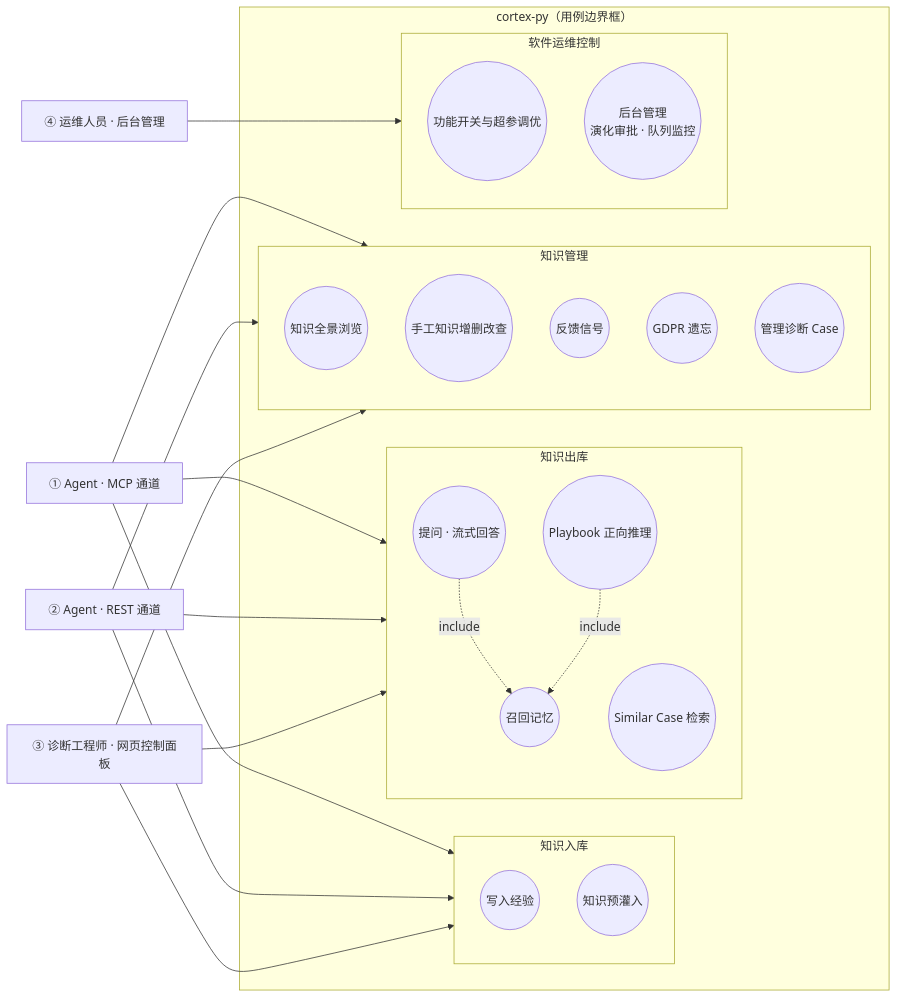
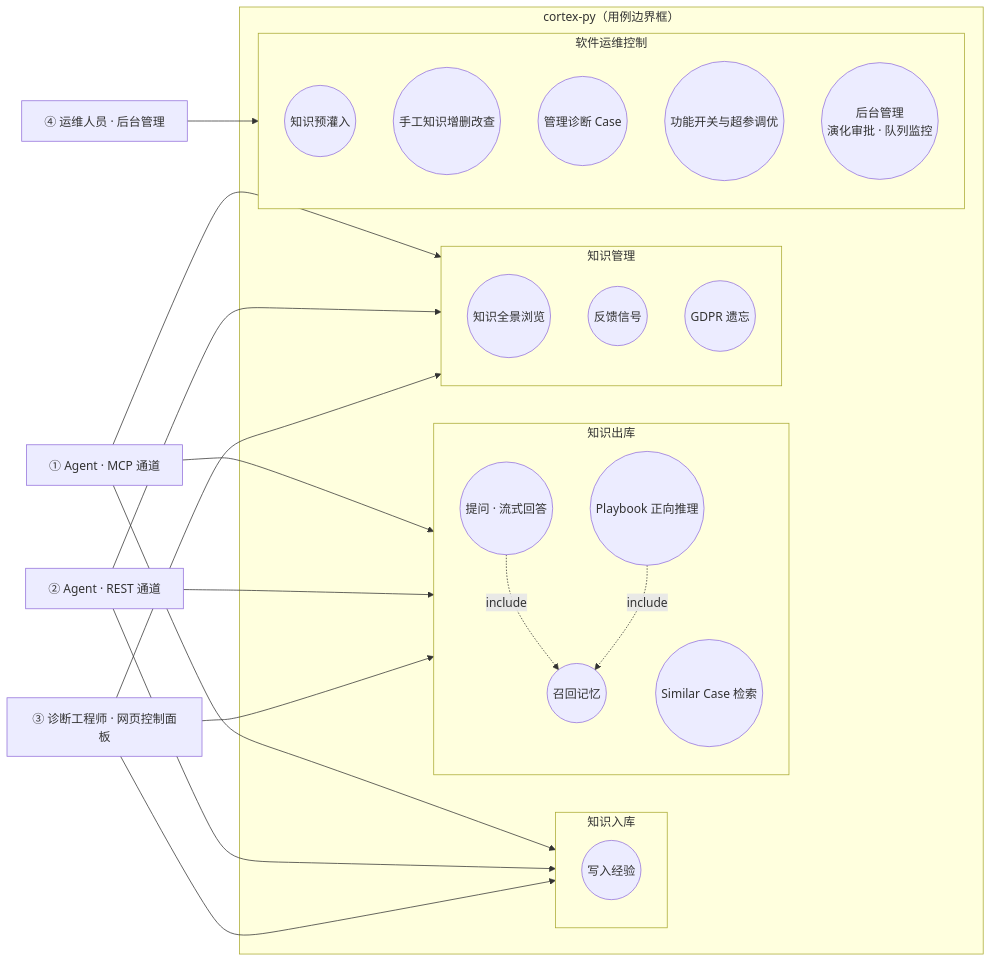
Before and after one commit to pty819/cortex-py-book: the seventh of 10 diagrams in source/chapters/23-architecture-diagrams.md, drawn with Mermaid. The commit also changed other lines of this file, not shown here.

````diff
--- a/source/chapters/23-architecture-diagrams.md
+++ b/source/chapters/23-architecture-diagrams.md
@@ -424,44 +424,44 @@
 ```{mermaid}
 graph LR
     AGM["① Agent · MCP 通道"]
     AGR["② Agent · REST 通道"]
     ENG["③ 诊断工程师 · 网页控制面板"]
     OPS["④ 运维人员 · 后台管理"]
 
     subgraph SYS["cortex-py（用例边界框）"]
         subgraph SUB_IN["知识入库"]
             UC1(("写入经验"))
-            UC2(("知识预灌入"))
         end
         subgraph SUB_OUT["知识出库"]
-            UC3(("召回记忆"))
-            UC4(("提问 · 流式回答"))
-            UC5(("Similar Case 检索"))
-            UC6(("Playbook 正向推理"))
+            UC2(("召回记忆"))
+            UC3(("提问 · 流式回答"))
+            UC4(("Similar Case 检索"))
+            UC5(("Playbook 正向推理"))
         end
         subgraph SUB_MGMT["知识管理"]
-            UC7(("知识全景浏览"))
-            UC8(("手工知识增删改查"))
-            UC9(("反馈信号"))
-            UC10(("GDPR 遗忘"))
-            UC11(("管理诊断 Case"))
+            UC6(("知识全景浏览"))
+            UC7(("反馈信号"))
+            UC8(("GDPR 遗忘"))
         end
         subgraph SUB_OPS["软件运维控制"]
+            UC9(("知识预灌入"))
+            UC10(("手工知识增删改查"))
+            UC11(("管理诊断 Case"))
             UC12(("功能开关与超参调优"))
             UC13(("后台管理<br/>演化审批 · 队列监控"))
         end
     end
 
     AGM --> SUB_IN
     AGM --> SUB_OUT
     AGM --> SUB_MGMT
     AGR --> SUB_IN
     AGR --> SUB_OUT
     AGR --> SUB_MGMT
     ENG --> SUB_IN
     ENG --> SUB_OUT
     ENG --> SUB_MGMT
     OPS --> SUB_OPS
-    UC4 -.->|include| UC3
-    UC6 -.->|include| UC3
+    UC3 -.->|include| UC2
+    UC5 -.->|include| UC2
 ```
````
